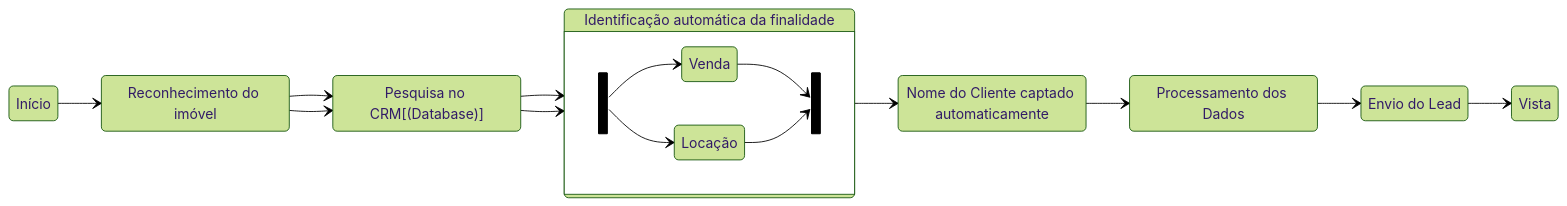
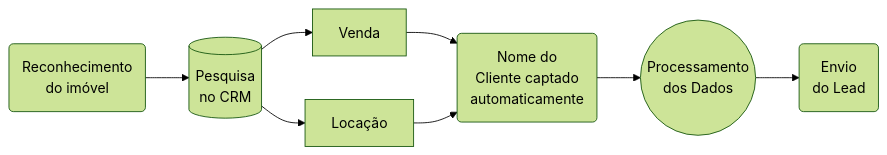
Before and after one commit to pepeleascov/cmsouza: the second of 2 diagrams in readme.md, drawn with Mermaid (forest theme).

Commit message:
flowchart

````diff
--- a/readme.md
+++ b/readme.md
@@ -163,32 +163,10 @@
 ```mermaid
-stateDiagram
-    1: Reconhecimento do imóvel
-    2: Pesquisa no CRM[(Database)]
-    3: Identificação automática da finalidade
-    v: Venda
-    l: Locação
-    4: Nome do Cliente captado automaticamente
-    5: Processamento dos Dados
-    6: Envio do Lead
-    direction LR
-    
-    Início --> 1
-    1 --> 2
-    2 --> 3
-    state 3 {
-    state fork_state <<fork>>
-    direction LR
-        fork_state
-        fork_state --> v
-        fork_state --> l
-    state join_state <<join>>
-    v --> join_state
-    l --> join_state
-    }
-    1 --> 2
-    2 --> 3
-    3 --> 4
-    4 --> 5
-    5 --> 6
-    6 --> Vista
+flowchart LR
+id1(Reconhecimento
+do imóvel) --> 2[(Pesquisa
+no CRM)] --> Venda & Locação --> id2(Nome do
+Cliente captado
+automaticamente) --> id3((Processamento
+dos Dados)) --> id4(Envio
+do Lead)
 ```
````
